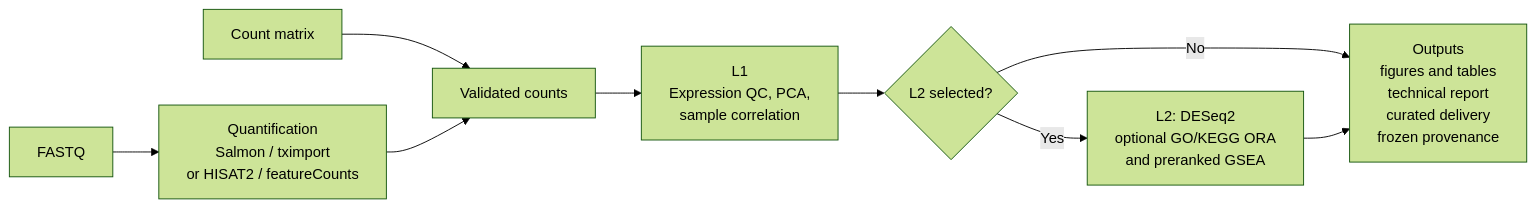
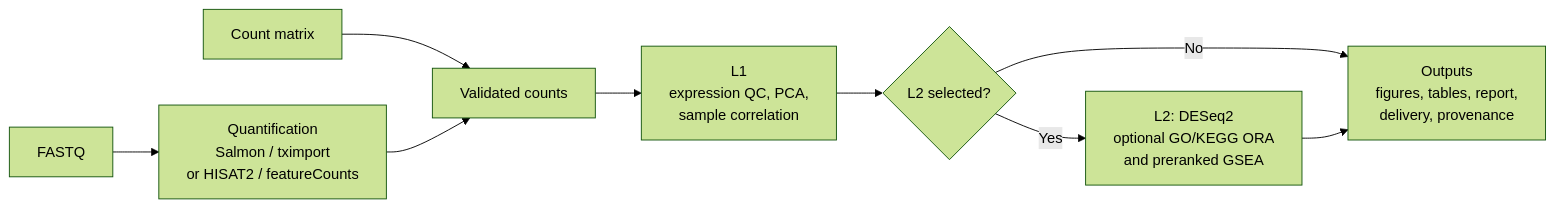
One commit to 2002brian/nf-rna changed the diagram in README.md. Above: the diagram before and after it, drawn with Mermaid (forest theme). The commit also changed other lines of this file and 13 other files, not shown here.

````diff
--- a/README.md
+++ b/README.md
@@ -30,11 +13,11 @@
 ```mermaid
 flowchart LR
     A[FASTQ] --> B["Quantification<br/>Salmon / tximport<br/>or HISAT2 / featureCounts"]
     C[Count matrix] --> D[Validated counts]
     B --> D
-    D --> E["L1<br/>Expression QC, PCA,<br/>sample correlation"]
+    D --> E["L1<br/>expression QC, PCA,<br/>sample correlation"]
     E --> F{L2 selected?}
     F -- Yes --> G["L2: DESeq2<br/>optional GO/KEGG ORA<br/>and preranked GSEA"]
-    F -- No --> H["Outputs<br/>figures and tables<br/>technical report<br/>curated delivery<br/>frozen provenance"]
+    F -- No --> H["Outputs<br/>figures, tables, report,<br/>delivery, provenance"]
     G --> H
 ```
````
